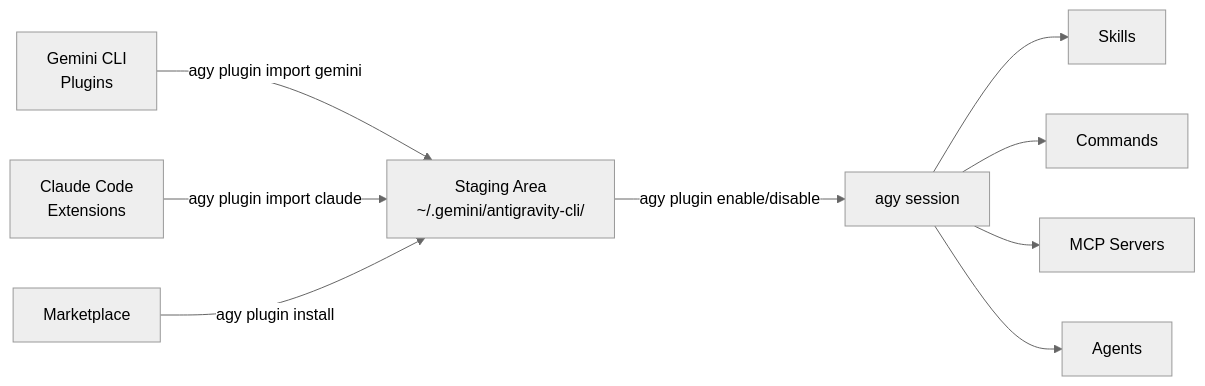
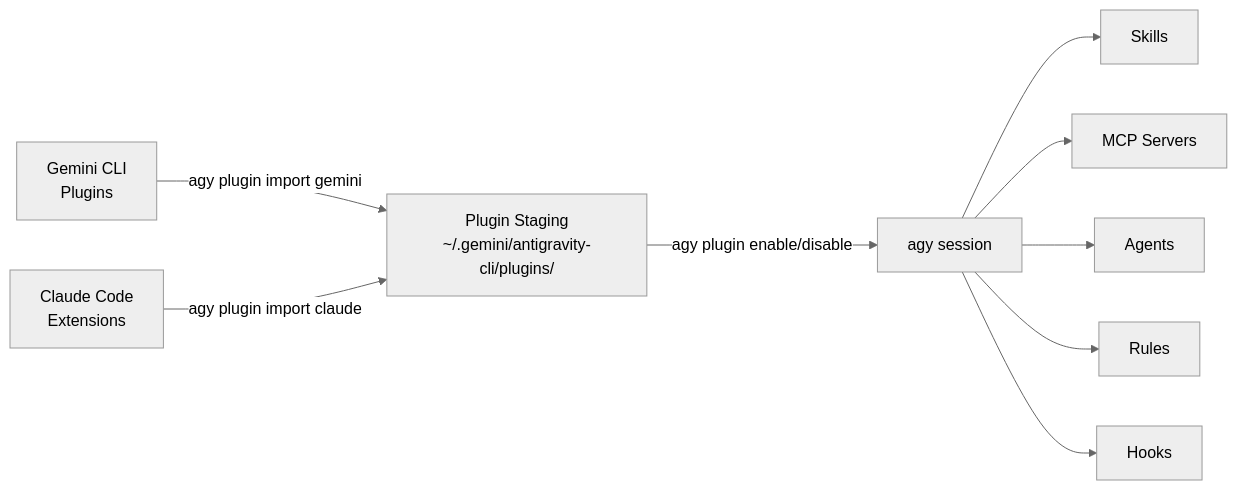
One commit to carlosmscabral/agy-cli-field-workshop changed the diagram in docs/plugin-ecosystem.md. Above: the diagram before and after it, drawn with Mermaid (neutral theme). The commit also changed other lines of this file and 10 other files, not shown here.

First line of the commit message:
refactor: align workshop content with official AGY CLI docs

````diff
--- a/docs/plugin-ecosystem.md
+++ b/docs/plugin-ecosystem.md
@@ -172,11 +193,11 @@
 ```mermaid
 graph LR
-    GC[Gemini CLI\nPlugins] -->|agy plugin import gemini| S[Staging Area\n~/.gemini/antigravity-cli/]
-    CC[Claude Code\nExtensions] -->|agy plugin import claude| S
-    MP[Marketplace] -->|agy plugin install| S
+    GC["Gemini CLI\nPlugins"] -->|agy plugin import gemini| S["Plugin Staging\n~/.gemini/antigravity-cli/plugins/"]
+    CC["Claude Code\nExtensions"] -->|agy plugin import claude| S
     S -->|agy plugin enable/disable| A[agy session]
     A --> SK[Skills]
-    A --> CMD[Commands]
     A --> MCP[MCP Servers]
     A --> AG[Agents]
+    A --> RU[Rules]
+    A --> HK[Hooks]
 ```
````
